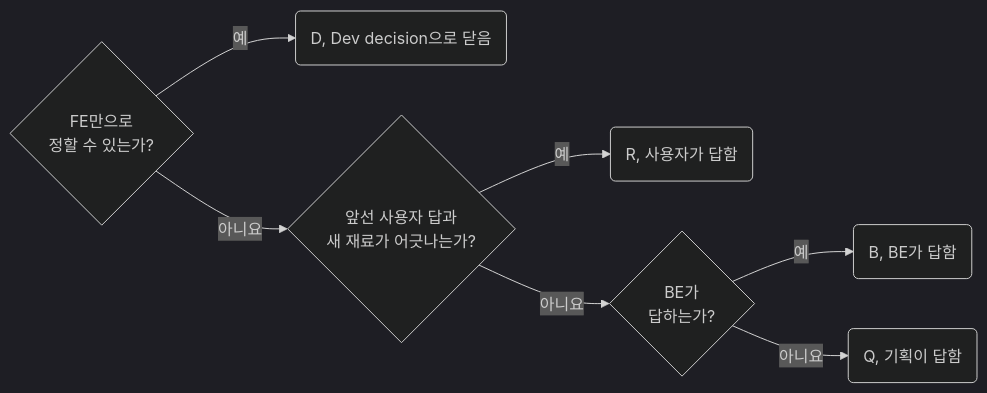
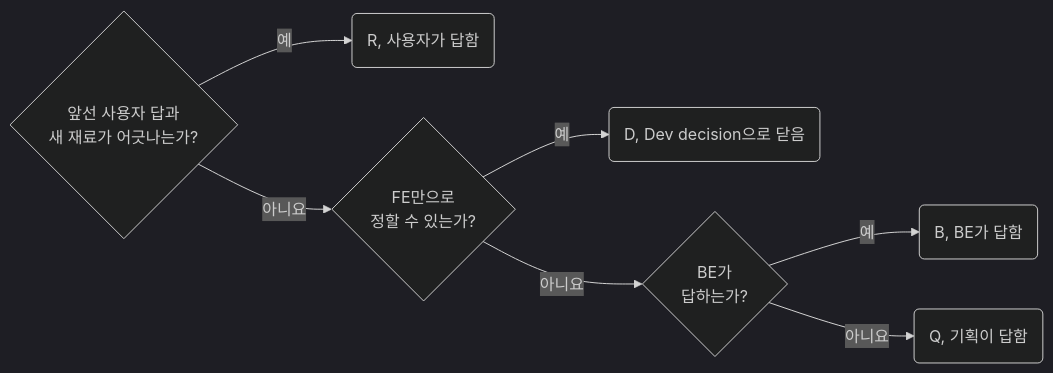
One commit to nomeehej/agent-conventions changed the diagram in skill/blueprint/rules/02-01-question-keep-cards-in-the-screen-doc.md. Above: the diagram before and after it, drawn with Mermaid (dark theme). The commit also changed other lines of this file and 59 other files, not shown here.

````diff
--- a/skill/blueprint/rules/02-01-question-keep-cards-in-the-screen-doc.md
+++ b/skill/blueprint/rules/02-01-question-keep-cards-in-the-screen-doc.md
@@ -19,7 +19,7 @@
 ```mermaid
 flowchart LR
-	q1{"FE만으로<br>정할 수 있는가?"} -- 예 --> d("D, Dev decision으로 닫음")
-	q1 -- 아니요 --> q2{"앞선 사용자 답과<br>새 재료가 어긋나는가?"} -- 예 --> r("R, 사용자가 답함")
+	q1{"앞선 사용자 답과<br>새 재료가 어긋나는가?"} -- 예 --> r("R, 사용자가 답함")
+	q1 -- 아니요 --> q2{"FE만으로<br>정할 수 있는가?"} -- 예 --> d("D, Dev decision으로 닫음")
 	q2 -- 아니요 --> q3{"BE가<br>답하는가?"} -- 예 --> b("B, BE가 답함")
 	q3 -- 아니요 --> q("Q, 기획이 답함")
 ```
````
